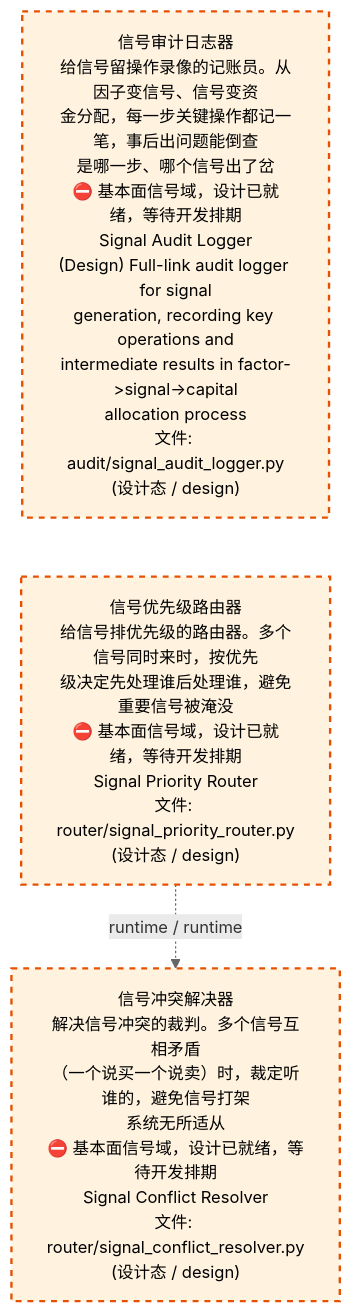
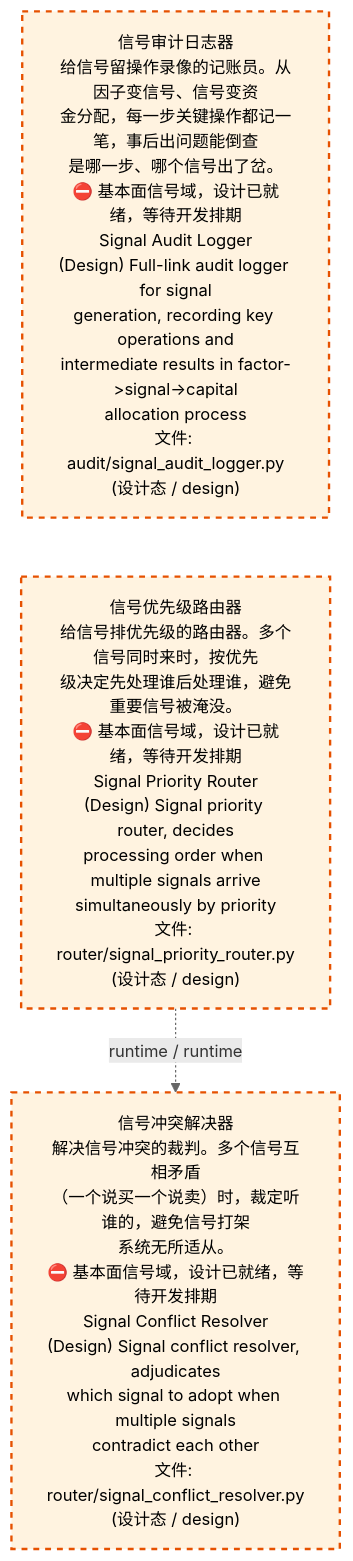
One commit to xuanFelixVan/ZephyrAlpha changed the third of 4 diagrams in docs/02_enterprise_architecture/02_domain_architecture_docs/48_d_fundamental_signal.md. Above: the diagram before and after it, drawn with Mermaid. The commit also changed other lines of this file and 61 other files, not shown here.

````diff
--- a/docs/02_enterprise_architecture/02_domain_architecture_docs/48_d_fundamental_signal.md
+++ b/docs/02_enterprise_architecture/02_domain_architecture_docs/48_d_fundamental_signal.md
@@ -160,14 +160,14 @@
 ```mermaid
 %%{init: {'theme': 'base', 'themeVariables': {'primaryColor': '#eaeaea', 'primaryTextColor': '#333333', 'primaryBorderColor': '#666666', 'lineColor': '#666666', 'secondaryColor': '#eaeaea', 'tertiaryColor': '#eaeaea', 'fontSize': '14px'}}}%%
 flowchart TD
-    src_zephyr_signal_fundamental_audit_signal_audit_logger_py["信号审计日志器<br/>给信号留操作录像的记账员。从因子变信号、信号变资<br/>金分配，每一步关键操作都记一笔，事后出问题能倒查<br/>是哪一步、哪个信号出了岔<br/>⛔ 基本面信号域，设计已就绪，等待开发排期<br/>Signal Audit Logger<br/>(Design) Full-link audit logger for signal<br/>generation, recording key operations and<br/>intermediate results in factor->signal->capital<br/>allocation process<br/>文件: audit/signal_audit_logger.py<br/>(设计态 / design)"]
-    src_zephyr_signal_fundamental_router_signal_priority_router_py["信号优先级路由器<br/>给信号排优先级的路由器。多个信号同时来时，按优先<br/>级决定先处理谁后处理谁，避免重要信号被淹没<br/>⛔ 基本面信号域，设计已就绪，等待开发排期<br/>Signal Priority Router<br/>文件: router/signal_priority_router.py<br/>(设计态 / design)"]
+    src_zephyr_signal_fundamental_audit_signal_audit_logger_py["信号审计日志器<br/>给信号留操作录像的记账员。从因子变信号、信号变资<br/>金分配，每一步关键操作都记一笔，事后出问题能倒查<br/>是哪一步、哪个信号出了岔。<br/>⛔ 基本面信号域，设计已就绪，等待开发排期<br/>Signal Audit Logger<br/>(Design) Full-link audit logger for signal<br/>generation, recording key operations and<br/>intermediate results in factor->signal->capital<br/>allocation process<br/>文件: audit/signal_audit_logger.py<br/>(设计态 / design)"]
+    src_zephyr_signal_fundamental_router_signal_priority_router_py["信号优先级路由器<br/>给信号排优先级的路由器。多个信号同时来时，按优先<br/>级决定先处理谁后处理谁，避免重要信号被淹没。<br/>⛔ 基本面信号域，设计已就绪，等待开发排期<br/>Signal Priority Router<br/>(Design) Signal priority router, decides<br/>processing order when multiple signals arrive<br/>simultaneously by priority<br/>文件: router/signal_priority_router.py<br/>(设计态 / design)"]
     src_zephyr_signal_fundamental_audit_signal_audit_logger_py ~~~ src_zephyr_signal_fundamental_router_signal_priority_router_py
-    src_zephyr_signal_fundamental_router_signal_conflict_resolver_py["信号冲突解决器<br/>解决信号冲突的裁判。多个信号互相矛盾<br/>（一个说买一个说卖）时，裁定听谁的，避免信号打架<br/>系统无所适从<br/>⛔ 基本面信号域，设计已就绪，等待开发排期<br/>Signal Conflict Resolver<br/>文件: router/signal_conflict_resolver.py<br/>(设计态 / design)"]
+    src_zephyr_signal_fundamental_router_signal_conflict_resolver_py["信号冲突解决器<br/>解决信号冲突的裁判。多个信号互相矛盾<br/>（一个说买一个说卖）时，裁定听谁的，避免信号打架<br/>系统无所适从。<br/>⛔ 基本面信号域，设计已就绪，等待开发排期<br/>Signal Conflict Resolver<br/>(Design) Signal conflict resolver, adjudicates<br/>which signal to adopt when multiple signals<br/>contradict each other<br/>文件: router/signal_conflict_resolver.py<br/>(设计态 / design)"]
     src_zephyr_signal_fundamental_router_signal_priority_router_py -.->|runtime / runtime| src_zephyr_signal_fundamental_router_signal_conflict_resolver_py
     classDef production fill:#e1f5fe,stroke:#01579b,stroke-width:2px,color:#000
     classDef design fill:#fff3e0,stroke:#e65100,stroke-width:2px,color:#000,stroke-dasharray: 5 5
     classDef external_prod fill:#e8f4fd,stroke:#0277bd,stroke-width:1px,color:#000
     classDef external_design fill:#fff8e7,stroke:#ef6c00,stroke-width:1px,color:#000,stroke-dasharray: 5 5
     class src_zephyr_signal_fundamental_audit_signal_audit_logger_py,src_zephyr_signal_fundamental_router_signal_conflict_resolver_py,src_zephyr_signal_fundamental_router_signal_priority_router_py design
 ```
````
